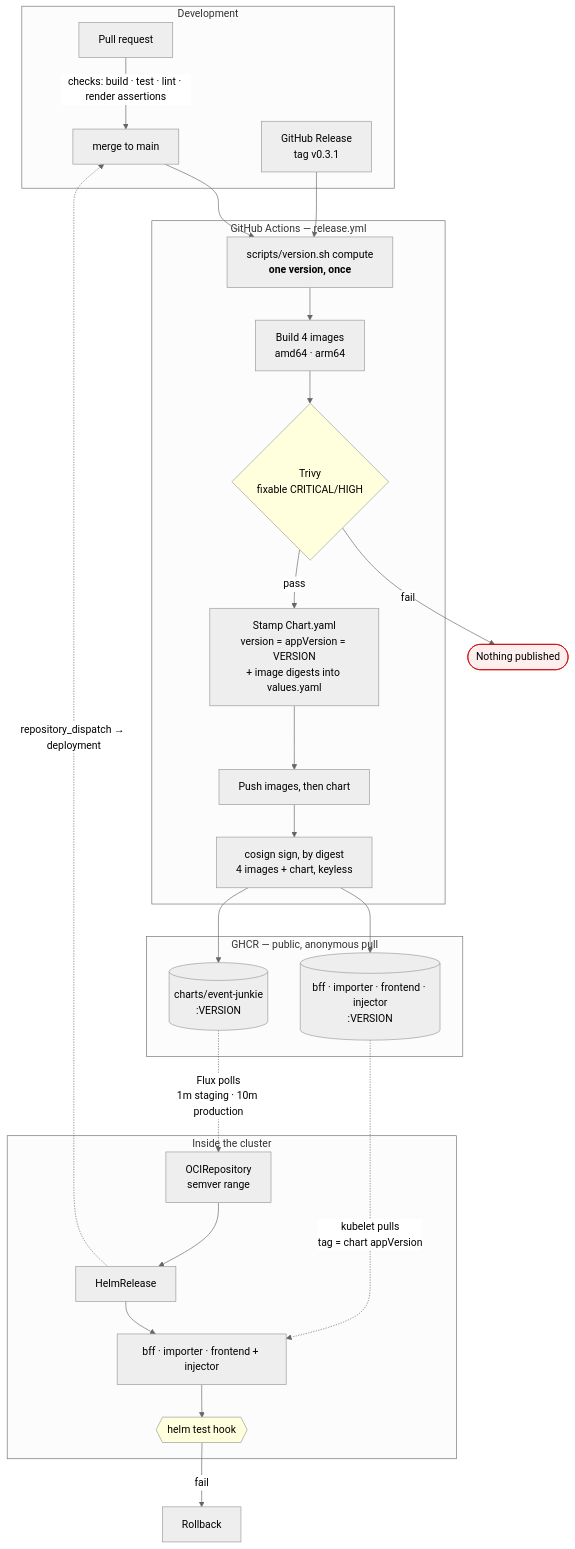
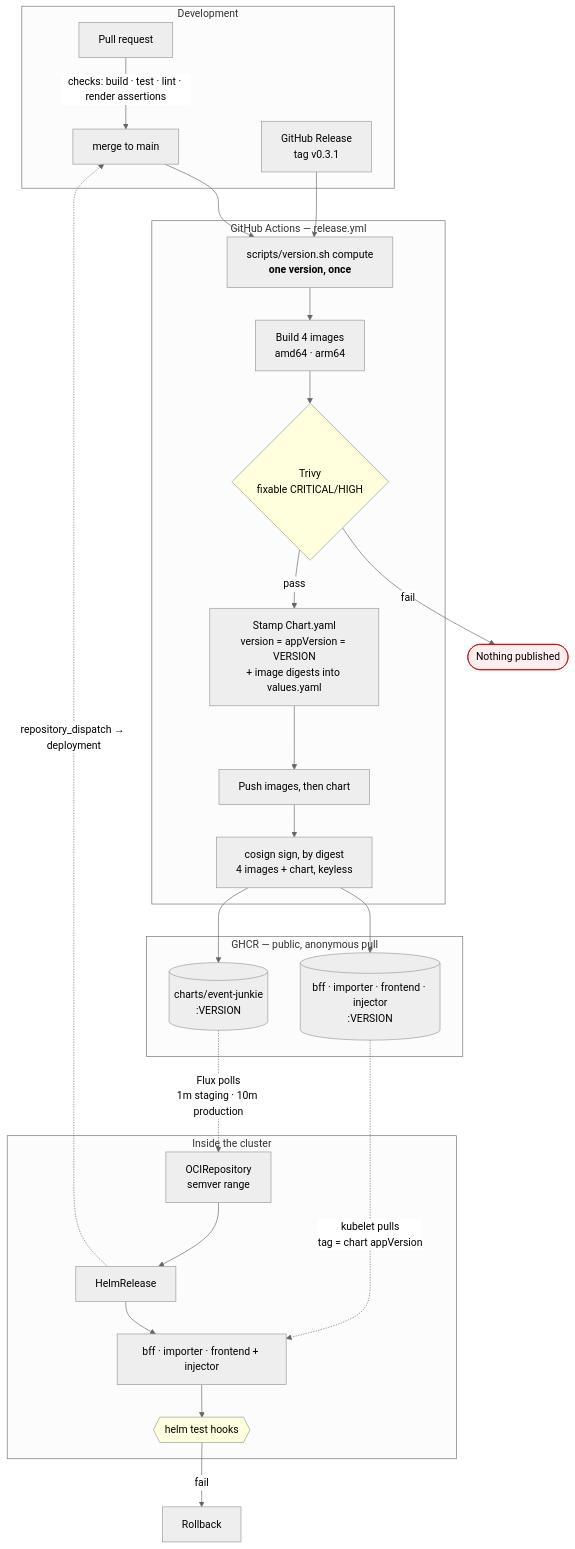
One commit to enorm-labs/event-junkie changed the diagram in docs/ops/RELEASING.md. Above: the diagram before and after it, drawn with Mermaid (neutral theme). The commit also changed other lines of this file and 19 other files, not shown here.

````diff
--- a/docs/ops/RELEASING.md
+++ b/docs/ops/RELEASING.md
@@ -31,47 +31,47 @@
 ```mermaid
 flowchart TB
     subgraph dev["Development"]
         pr["Pull request"] -->|"checks: build · test · lint · render assertions"| main["merge to main"]
         rel["GitHub Release<br/>tag v0.3.1"]
     end
 
     subgraph ci["GitHub Actions — release.yml"]
         ver["scripts/version.sh compute<br/><b>one version, once</b>"]
         build["Build 4 images<br/>amd64 · arm64"]
         scan{"Trivy<br/>fixable CRITICAL/HIGH"}
         stamp["Stamp Chart.yaml<br/>version = appVersion = VERSION<br/>+ image digests into values.yaml"]
         push["Push images, then chart"]
         sign["cosign sign, by digest<br/>4 images + chart, keyless"]
     end
 
     subgraph ghcr["GHCR — public, anonymous pull"]
         imgs[("bff · importer · frontend · injector<br/>:VERSION")]
         chart[("charts/event-junkie<br/>:VERSION")]
     end
 
     subgraph cluster["Inside the cluster"]
         ocirepo["OCIRepository<br/>semver range"]
         hr["HelmRelease"]
         wl["bff · importer · frontend + injector"]
-        test{{"helm test hook"}}
+        test{{"helm test hooks"}}
     end
 
     main --> ver
     rel --> ver
     ver --> build --> scan
     scan -->|"fail"| stop(["Nothing published"])
     scan -->|"pass"| stamp --> push --> sign
     sign --> imgs
     sign --> chart
 
     chart -.->|"Flux polls<br/>1m staging · 10m production"| ocirepo
     ocirepo --> hr --> wl
     imgs -.->|"kubelet pulls<br/>tag = chart appVersion"| wl
     wl --> test
     test -->|"fail"| rb["Rollback"]
     hr -.->|"repository_dispatch → deployment"| main
 
     style stop fill:#fee,stroke:#c00
     style scan fill:#ffd
     style test fill:#ffd
 ```
````
